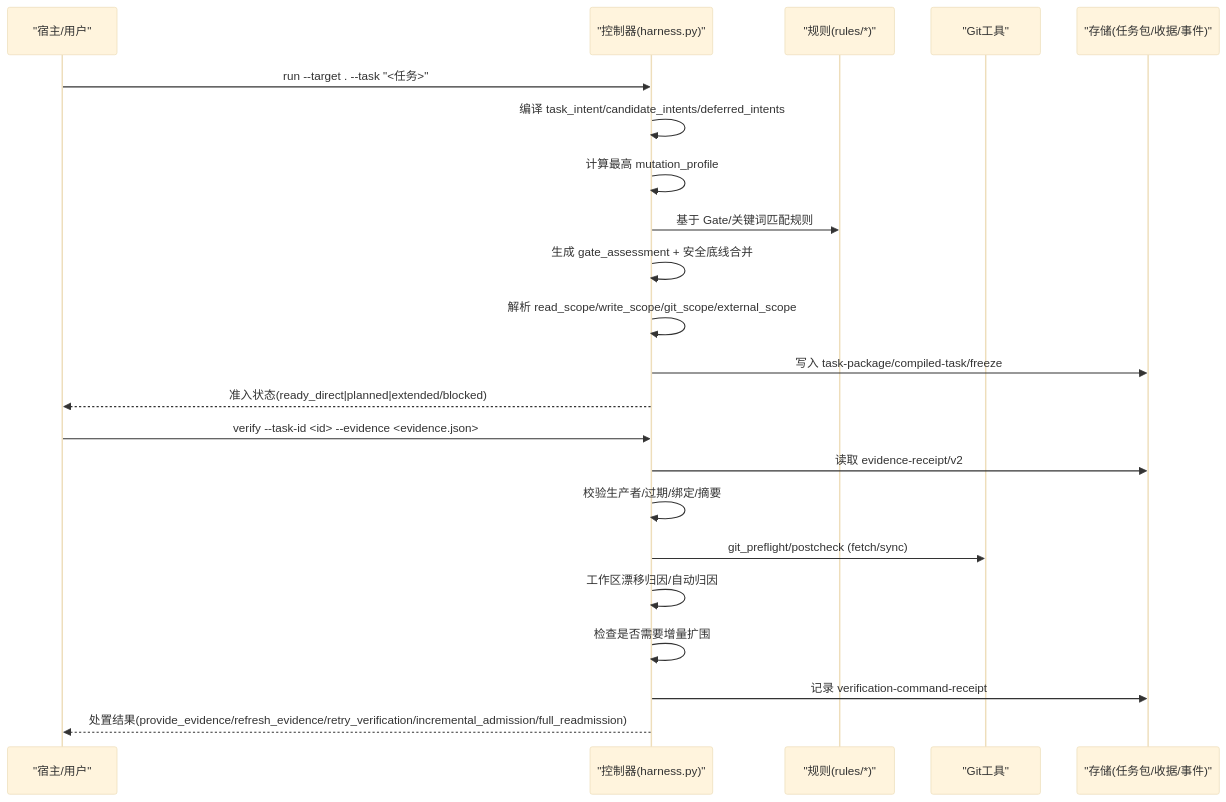
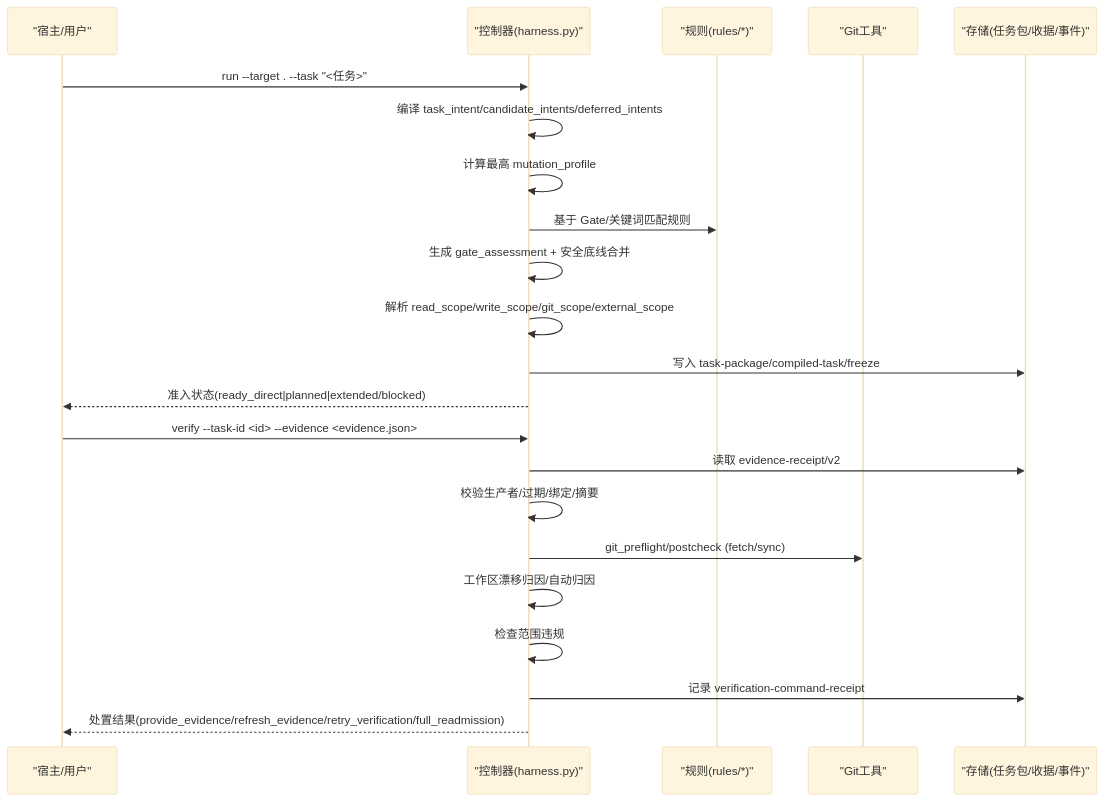
One commit to HackSing/docs-harness changed the second of 9 diagrams in .qoder/repowiki/zh/content/任务管理/范围评估与授权.md. Above: the diagram before and after it, drawn with Mermaid (base theme). The commit also changed other lines of this file and 27 other files, not shown here.

````diff
--- a/.qoder/repowiki/zh/content/任务管理/范围评估与授权.md
+++ b/.qoder/repowiki/zh/content/任务管理/范围评估与授权.md
@@ -94,24 +94,24 @@
 ```mermaid
 sequenceDiagram
 participant U as "宿主/用户"
 participant H as "控制器(harness.py)"
 participant R as "规则(rules/*)"
 participant G as "Git工具"
 participant S as "存储(任务包/收据/事件)"
 U->>H : run --target . --task "<任务>"
 H->>H : 编译 task_intent/candidate_intents/deferred_intents
 H->>H : 计算最高 mutation_profile
 H->>R : 基于 Gate/关键词匹配规则
 H->>H : 生成 gate_assessment + 安全底线合并
 H->>H : 解析 read_scope/write_scope/git_scope/external_scope
 H->>S : 写入 task-package/compiled-task/freeze
 H-->>U : 准入状态(ready_direct|planned|extended/blocked)
 U->>H : verify --task-id <id> --evidence <evidence.json>
 H->>S : 读取 evidence-receipt/v2
 H->>H : 校验生产者/过期/绑定/摘要
 H->>G : git_preflight/postcheck (fetch/sync)
 H->>H : 工作区漂移归因/自动归因
-H->>H : 检查是否需要增量扩围
+H->>H : 检查范围违规
 H->>S : 记录 verification-command-receipt
-H-->>U : 处置结果(provide_evidence/refresh_evidence/retry_verification/incremental_admission/full_readmission)
+H-->>U : 处置结果(provide_evidence/refresh_evidence/retry_verification/full_readmission)
 ```
````
